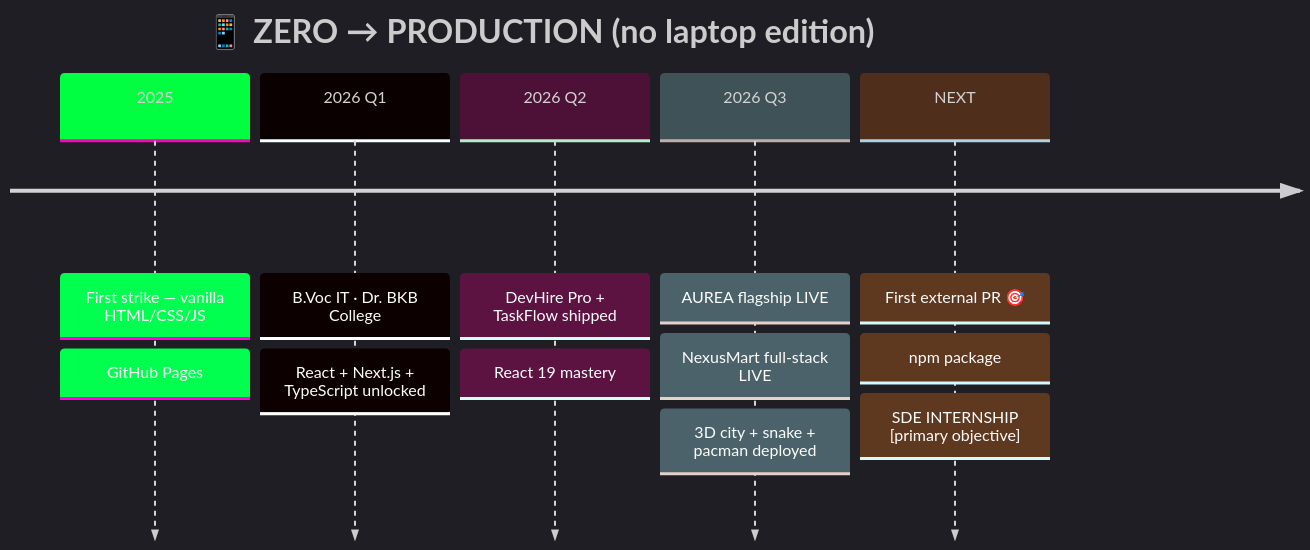
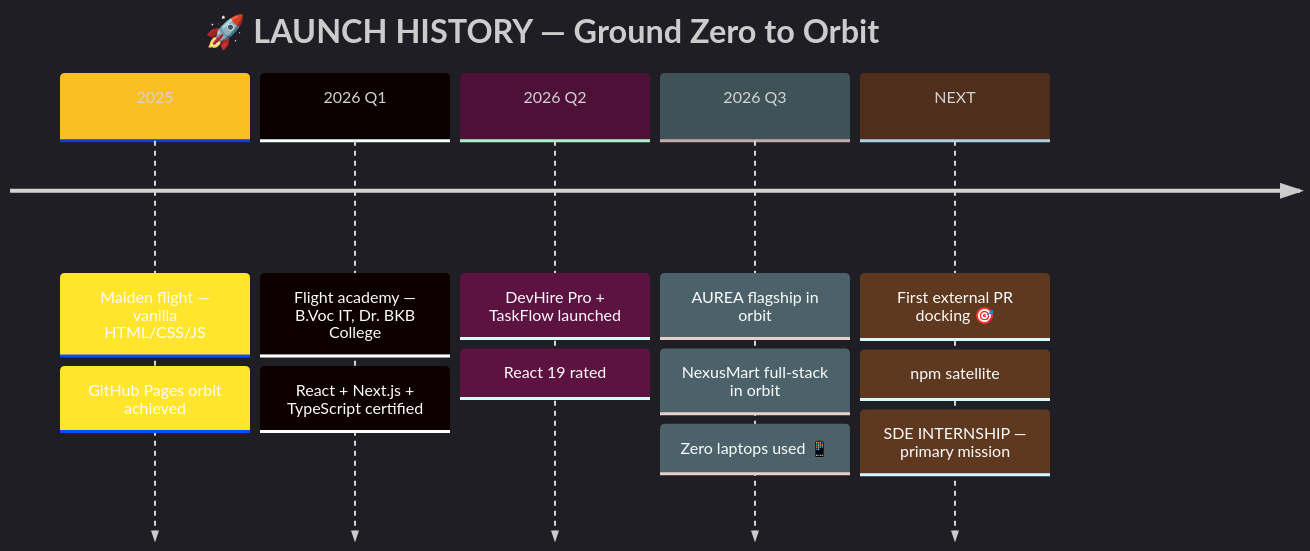
The diagram in README.md (Manashjyoti-Bora/Manashjyoti-Bora), drawn with Mermaid before and after one commit. The commit also changed other lines of this file, not shown here.

````diff
--- a/README.md
+++ b/README.md
@@ -161,10 +168,10 @@
 ```mermaid
-%%{init: {'theme':'dark','themeVariables':{'primaryColor':'#00ff41','primaryTextColor':'#0d1117','lineColor':'#22d3ee'}}}%%
+%%{init: {'theme':'dark','themeVariables':{'primaryColor':'#fbbf24','primaryTextColor':'#0b1026','lineColor':'#38bdf8'}}}%%
 timeline
-    title 📱 ZERO → PRODUCTION (no laptop edition)
-    2025 : First strike — vanilla HTML/CSS/JS : GitHub Pages
-    2026 Q1 : B.Voc IT · Dr. BKB College : React + Next.js + TypeScript unlocked
-    2026 Q2 : DevHire Pro + TaskFlow shipped : React 19 mastery
-    2026 Q3 : AUREA flagship LIVE : NexusMart full-stack LIVE : 3D city + snake + pacman deployed
-    NEXT : First external PR 🎯 : npm package : SDE INTERNSHIP [primary objective]
+    title 🚀 LAUNCH HISTORY — Ground Zero to Orbit
+    2025 : Maiden flight — vanilla HTML/CSS/JS : GitHub Pages orbit achieved
+    2026 Q1 : Flight academy — B.Voc IT, Dr. BKB College : React + Next.js + TypeScript certified
+    2026 Q2 : DevHire Pro + TaskFlow launched : React 19 rated
+    2026 Q3 : AUREA flagship in orbit : NexusMart full-stack in orbit : Zero laptops used 📱
+    NEXT : First external PR docking 🎯 : npm satellite : SDE INTERNSHIP — primary mission
 ```
````
